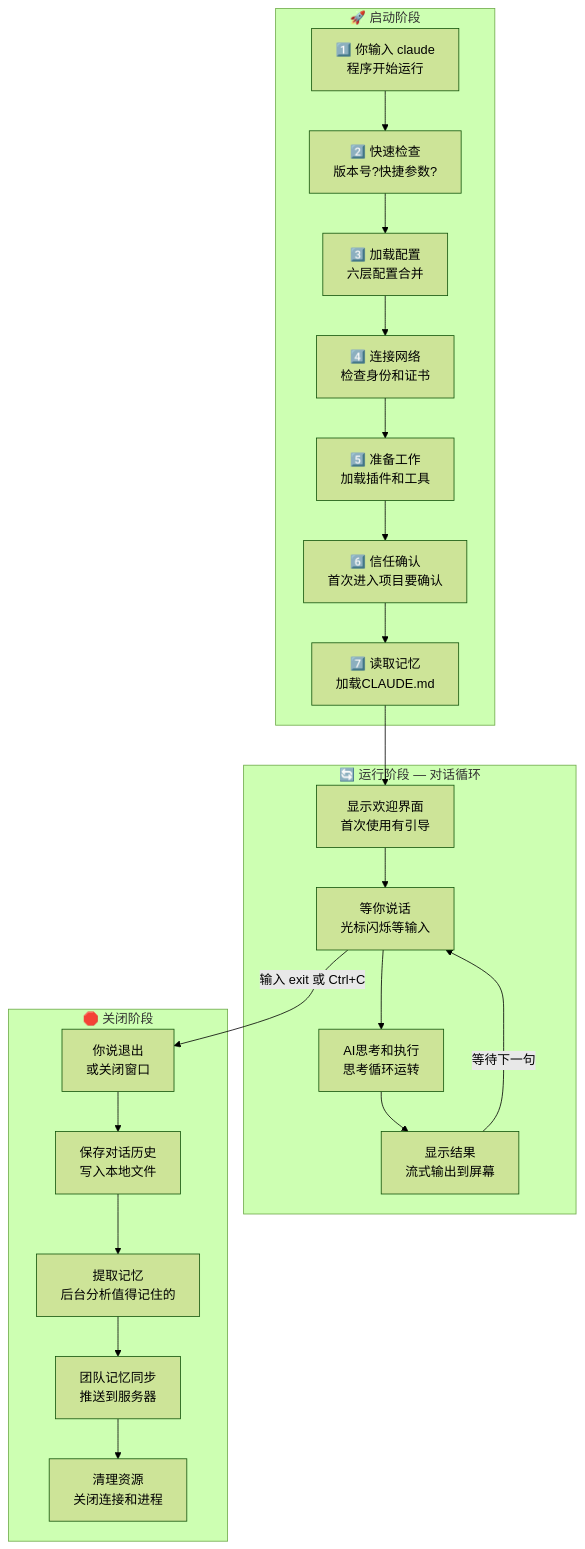
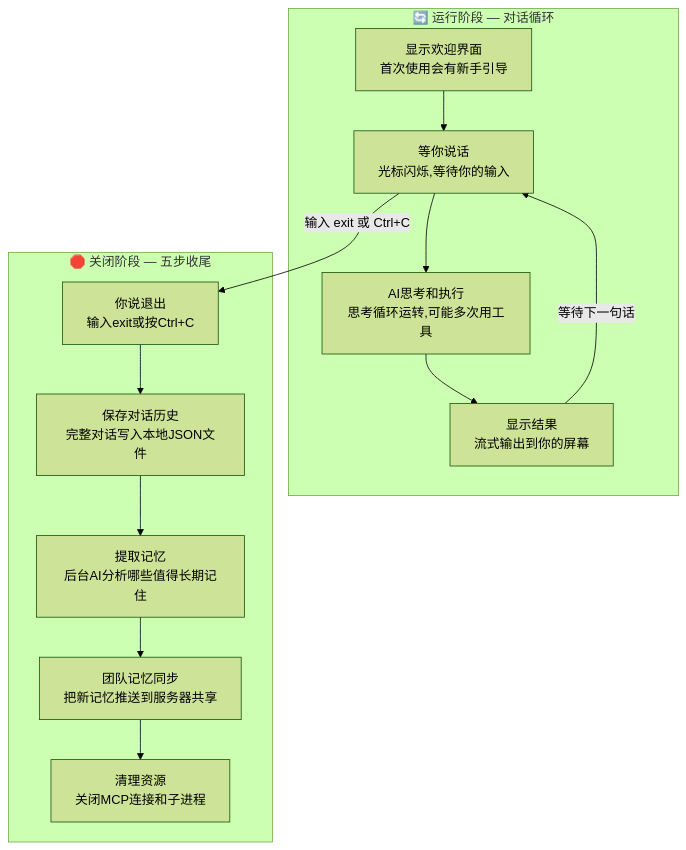
Diagram 24 of 25 in docs/architecture/00-visual-guide-complete.md (WSbaikaishui/claude-code-source-code), drawn with Mermaid (forest theme) before and after one commit. The commit also changed other lines of this file and 73 other files, not shown here.

First line of the commit message:
Fix all Mermaid diagrams: restore semantics + fix dimensions

````diff
--- a/docs/architecture/00-visual-guide-complete.md
+++ b/docs/architecture/00-visual-guide-complete.md
@@ -707,33 +635,21 @@
 ```mermaid
 graph TD
-    subgraph BOOT["🚀 启动阶段"]
-        B1["1️⃣ 你输入 claude<br/>程序开始运行"]
-        B2["2️⃣ 快速检查<br/>版本号?快捷参数?"]
-        B3["3️⃣ 加载配置<br/>六层配置合并"]
-        B4["4️⃣ 连接网络<br/>检查身份和证书"]
-        B5["5️⃣ 准备工作<br/>加载插件和工具"]
-        B6["6️⃣ 信任确认<br/>首次进入项目要确认"]
-        B7["7️⃣ 读取记忆<br/>加载CLAUDE.md"]
-        B1 --> B2 --> B3 --> B4 --> B5 --> B6 --> B7
+    subgraph RUN["🔄 运行阶段 — 对话循环"]
+        R1["显示欢迎界面<br/>首次使用会有新手引导"]
+        R2["等你说话<br/>光标闪烁,等待你的输入"]
+        R3["AI思考和执行<br/>思考循环运转,可能多次用工具"]
+        R4["显示结果<br/>流式输出到你的屏幕"]
+        R1 --> R2 --> R3 --> R4 -->|"等待下一句话"| R2
     end
 
-    subgraph RUN["🔄 运行阶段 — 对话循环"]
-        R1["显示欢迎界面<br/>首次使用有引导"]
-        R2["等你说话<br/>光标闪烁等输入"]
-        R3["AI思考和执行<br/>思考循环运转"]
-        R4["显示结果<br/>流式输出到屏幕"]
-        R2 --> R3 --> R4 -->|"等待下一句"| R2
-    end
-
-    subgraph SHUTDOWN["🛑 关闭阶段"]
-        E1["你说退出<br/>或关闭窗口"]
-        E2["保存对话历史<br/>写入本地文件"]
-        E3["提取记忆<br/>后台分析值得记住的"]
-        E4["团队记忆同步<br/>推送到服务器"]
-        E5["清理资源<br/>关闭连接和进程"]
+    subgraph SHUTDOWN["🛑 关闭阶段 — 五步收尾"]
+        E1["你说退出<br/>输入exit或按Ctrl+C"]
+        E2["保存对话历史<br/>完整对话写入本地JSON文件"]
+        E3["提取记忆<br/>后台AI分析哪些值得长期记住"]
+        E4["团队记忆同步<br/>把新记忆推送到服务器共享"]
+        E5["清理资源<br/>关闭MCP连接和子进程"]
         E1 --> E2 --> E3 --> E4 --> E5
     end
 
-    B7 --> R1 --> R2
     R2 -->|"输入 exit 或 Ctrl+C"| E1
 ```
````
